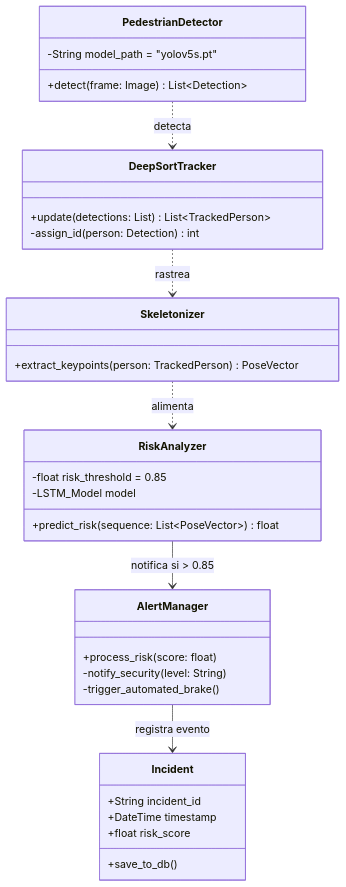
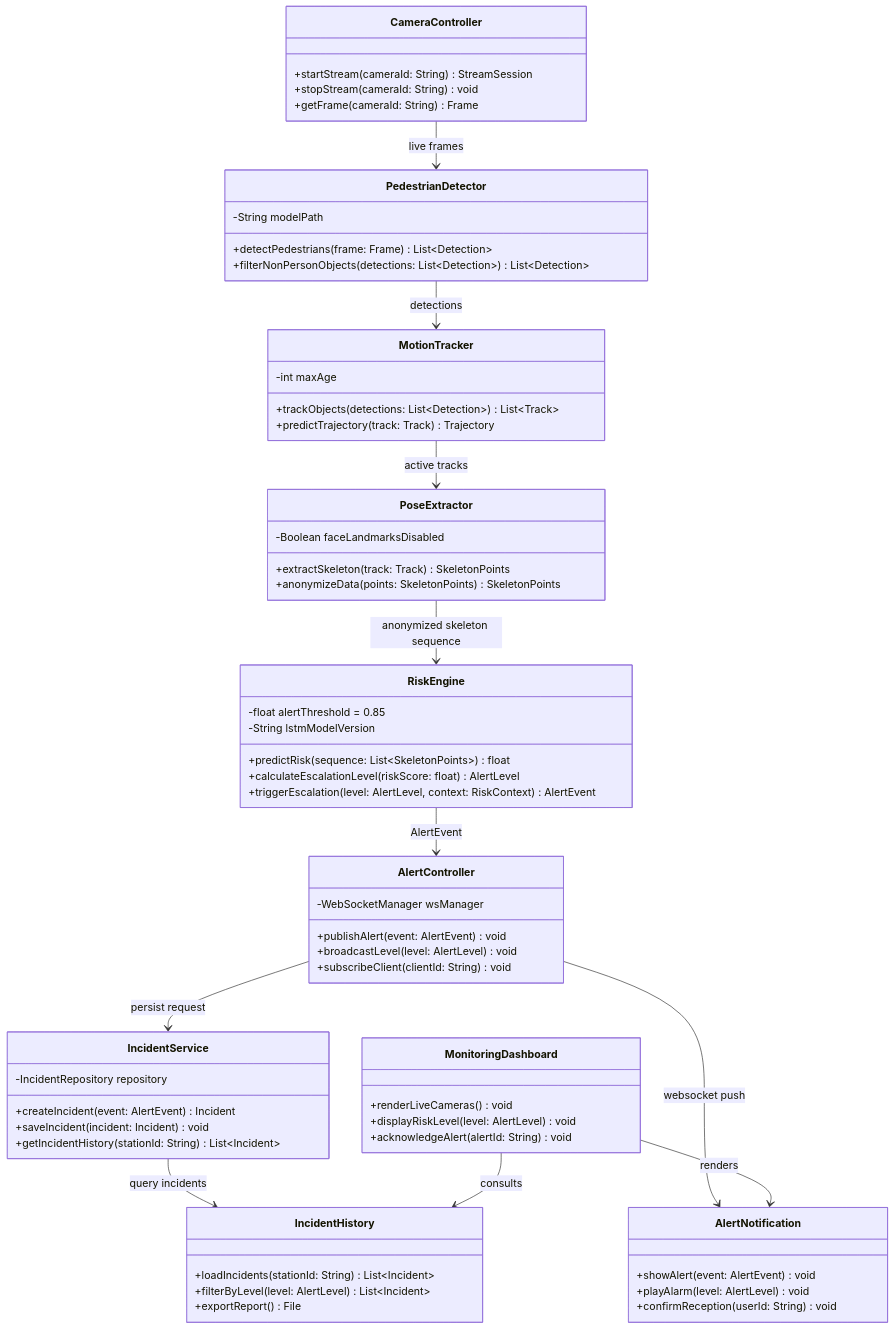
The first of 2 diagrams in README.md (Nakotex7906/AndenSeguro), drawn with Mermaid before and after one commit. The commit also changed other lines of this file, not shown here.

Commit message:
docs(diagramas): mejoras de diagramas en el readme y prueba de como cerrar tareas con github #86e0p0jnh

````diff
--- a/README.md
+++ b/README.md
@@ -60,36 +60,77 @@
 ```mermaid
 classDiagram
     class PedestrianDetector {
-        -String model_path = "yolov5s.pt"
-        +detect(frame: Image) List~Detection~
-    }
-    class DeepSortTracker {
-        +update(detections: List) List~TrackedPerson~
-        -assign_id(person: Detection) int
-    }
-    class Skeletonizer {
-        +extract_keypoints(person: TrackedPerson) PoseVector
-    }
-    class RiskAnalyzer {
-        -float risk_threshold = 0.85
-        -LSTM_Model model
-        +predict_risk(sequence: List~PoseVector~) float
-    }
-    class AlertManager {
-        +process_risk(score: float)
-        -notify_security(level: String)
-        -trigger_automated_brake()
-    }
-    class Incident {
-        +String incident_id
-        +DateTime timestamp
-        +float risk_score
-        +save_to_db()
+        -String modelPath
+        +detectPedestrians(frame: Frame) List~Detection~
+        +filterNonPersonObjects(detections: List~Detection~) List~Detection~
     }
 
-    PedestrianDetector ..> DeepSortTracker : detecta
-    DeepSortTracker ..> Skeletonizer : rastrea
-    Skeletonizer ..> RiskAnalyzer : alimenta
-    RiskAnalyzer --> AlertManager : notifica si > 0.85 
-    AlertManager --> Incident : registra evento
+    class MotionTracker {
+        -int maxAge
+        +trackObjects(detections: List~Detection~) List~Track~
+        +predictTrajectory(track: Track) Trajectory
+    }
+
+    class PoseExtractor {
+        -Boolean faceLandmarksDisabled
+        +extractSkeleton(track: Track) SkeletonPoints
+        +anonymizeData(points: SkeletonPoints) SkeletonPoints
+    }
+
+    class RiskEngine {
+        -float alertThreshold = 0.85
+        -String lstmModelVersion
+        +predictRisk(sequence: List~SkeletonPoints~) float
+        +calculateEscalationLevel(riskScore: float) AlertLevel
+        +triggerEscalation(level: AlertLevel, context: RiskContext) AlertEvent
+    }
+
+    class CameraController {
+        +startStream(cameraId: String) StreamSession
+        +stopStream(cameraId: String) void
+        +getFrame(cameraId: String) Frame
+    }
+
+    class AlertController {
+        -WebSocketManager wsManager
+        +publishAlert(event: AlertEvent) void
+        +broadcastLevel(level: AlertLevel) void
+        +subscribeClient(clientId: String) void
+    }
+
+    class IncidentService {
+        -IncidentRepository repository
+        +createIncident(event: AlertEvent) Incident
+        +saveIncident(incident: Incident) void
+        +getIncidentHistory(stationId: String) List~Incident~
+    }
+
+    class MonitoringDashboard {
+        +renderLiveCameras() void
+        +displayRiskLevel(level: AlertLevel) void
+        +acknowledgeAlert(alertId: String) void
+    }
+
+    class AlertNotification {
+        +showAlert(event: AlertEvent) void
+        +playAlarm(level: AlertLevel) void
+        +confirmReception(userId: String) void
+    }
+
+    class IncidentHistory {
+        +loadIncidents(stationId: String) List~Incident~
+        +filterByLevel(level: AlertLevel) List~Incident~
+        +exportReport() File
+    }
+
+    PedestrianDetector --> MotionTracker : detections
+    MotionTracker --> PoseExtractor : active tracks
+    PoseExtractor --> RiskEngine : anonymized skeleton sequence
+    CameraController --> PedestrianDetector : live frames
+    RiskEngine --> AlertController : AlertEvent
+    AlertController --> IncidentService : persist request
+    IncidentService --> IncidentHistory : query incidents
+    AlertController --> AlertNotification : websocket push
+    MonitoringDashboard --> AlertNotification : renders
+    MonitoringDashboard --> IncidentHistory : consults
 ```
````
